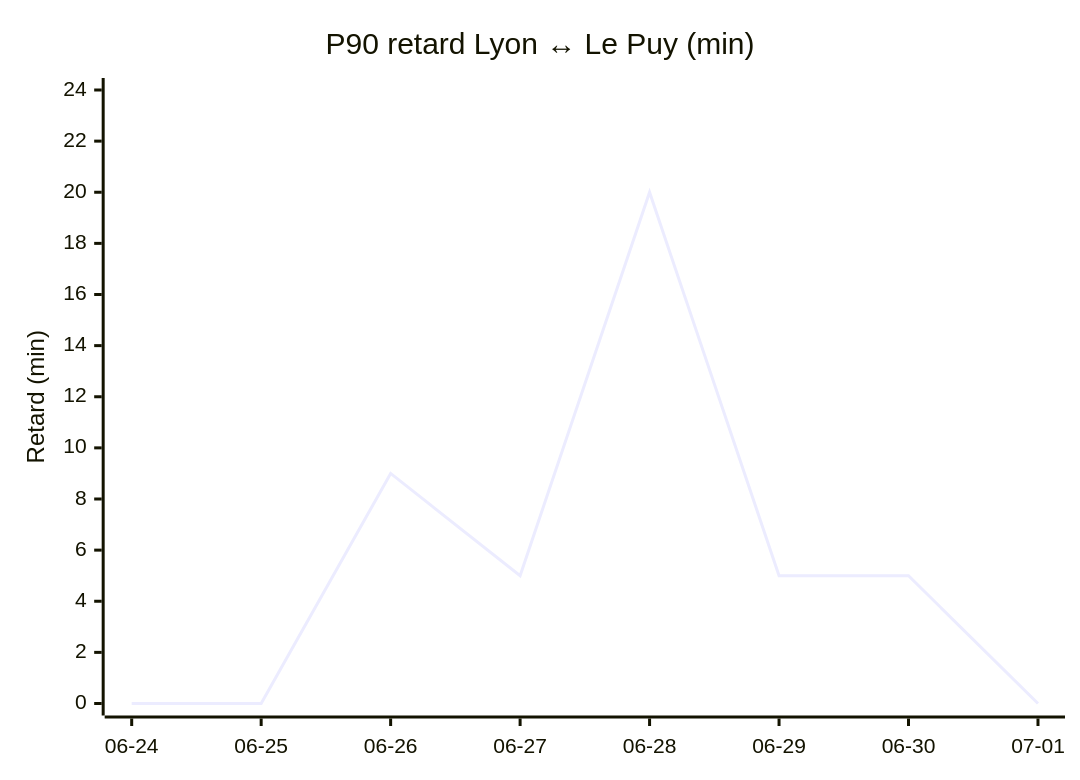
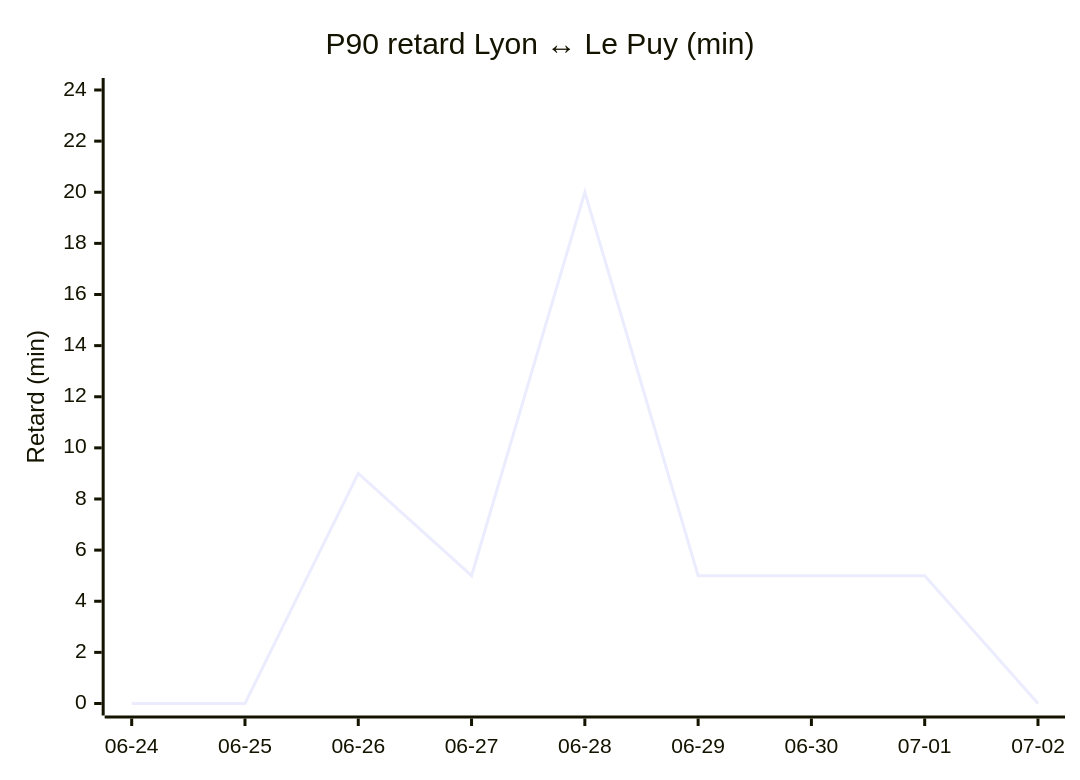
Before and after one commit to antoinerep/horaire-ter: the third of 4 diagrams in STATS.md, drawn with Mermaid. The commit also changed other lines of this file and 1 other file, not shown here.

````diff
--- a/STATS.md
+++ b/STATS.md
@@ -80,7 +81,7 @@
 ```mermaid
 xychart-beta
     title "P90 retard Lyon ↔ Le Puy (min)"
-    x-axis ["06-24", "06-25", "06-26", "06-27", "06-28", "06-29", "06-30", "07-01"]
+    x-axis ["06-24", "06-25", "06-26", "06-27", "06-28", "06-29", "06-30", "07-01", "07-02"]
     y-axis "Retard (min)" 0 --> 24
-    line [0.0, 0.0, 9.0, 5.0, 20.0, 5.0, 5.0, 0.0]
+    line [0.0, 0.0, 9.0, 5.0, 20.0, 5.0, 5.0, 5.0, 0.0]
 ```
````
